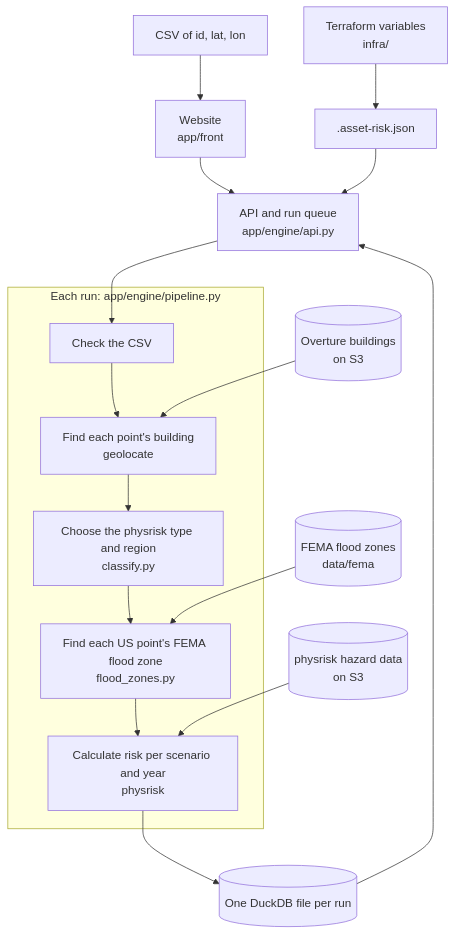
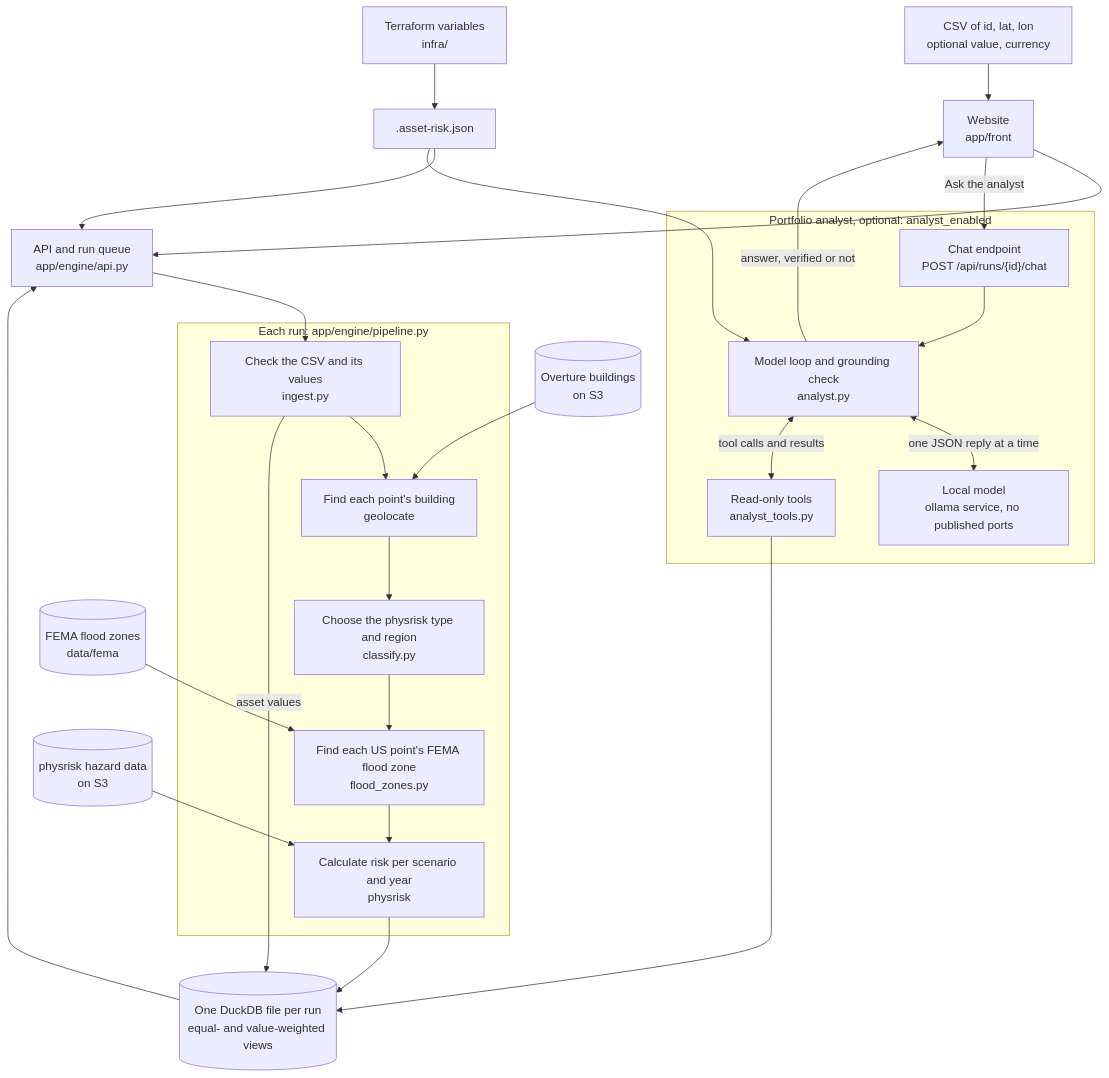
Before and after one commit to mnovovil/asset-risk: the first of 2 diagrams in README.md, drawn with Mermaid. The commit also changed other lines of this file, not shown here.

First line of the commit message:
docs: cover asset values and the analyst in the README and its diagram (#155)

````diff
--- a/README.md
+++ b/README.md
@@ -76,21 +80,34 @@
 ```mermaid
 flowchart TB
-    csv["CSV of id, lat, lon"] --> front["Website<br/>app/front"]
+    csv["CSV of id, lat, lon<br/>optional value, currency"] --> front["Website<br/>app/front"]
     front --> api["API and run queue<br/>app/engine/api.py"]
 
     subgraph run["Each run: app/engine/pipeline.py"]
-        ingest["Check the CSV"] --> locate["Find each point's building<br/>geolocate"]
+        ingest["Check the CSV and its values<br/>ingest.py"] --> locate["Find each point's building<br/>geolocate"]
         locate --> classify["Choose the physrisk type and region<br/>classify.py"]
         classify --> flood["Find each US point's FEMA flood zone<br/>flood_zones.py"]
         flood --> assess["Calculate risk per scenario and year<br/>physrisk"]
     end
 
     api --> ingest
     overture[("Overture buildings<br/>on S3")] --> locate
     hazards[("physrisk hazard data<br/>on S3")] --> assess
     fema[("FEMA flood zones<br/>data/fema")] --> flood
-    assess --> db[("One DuckDB file per run")]
+    assess --> db[("One DuckDB file per run<br/>equal- and value-weighted views")]
+    ingest -->|"asset values"| db
     db --> api
+
+    subgraph analyst["Portfolio analyst, optional: analyst_enabled"]
+        chat["Chat endpoint<br/>POST /api/runs/{id}/chat"] --> loop["Model loop and grounding check<br/>analyst.py"]
+        loop <-->|"one JSON reply at a time"| ollama["Local model<br/>ollama service, no published ports"]
+        loop <-->|"tool calls and results"| tools["Read-only tools<br/>analyst_tools.py"]
+    end
+
+    front -->|"Ask the analyst"| chat
+    tools --> db
+    loop -->|"answer, verified or not"| front
+
     tf["Terraform variables<br/>infra/"] --> settings[".asset-risk.json"]
     settings --> api
+    settings --> loop
 ```
````
